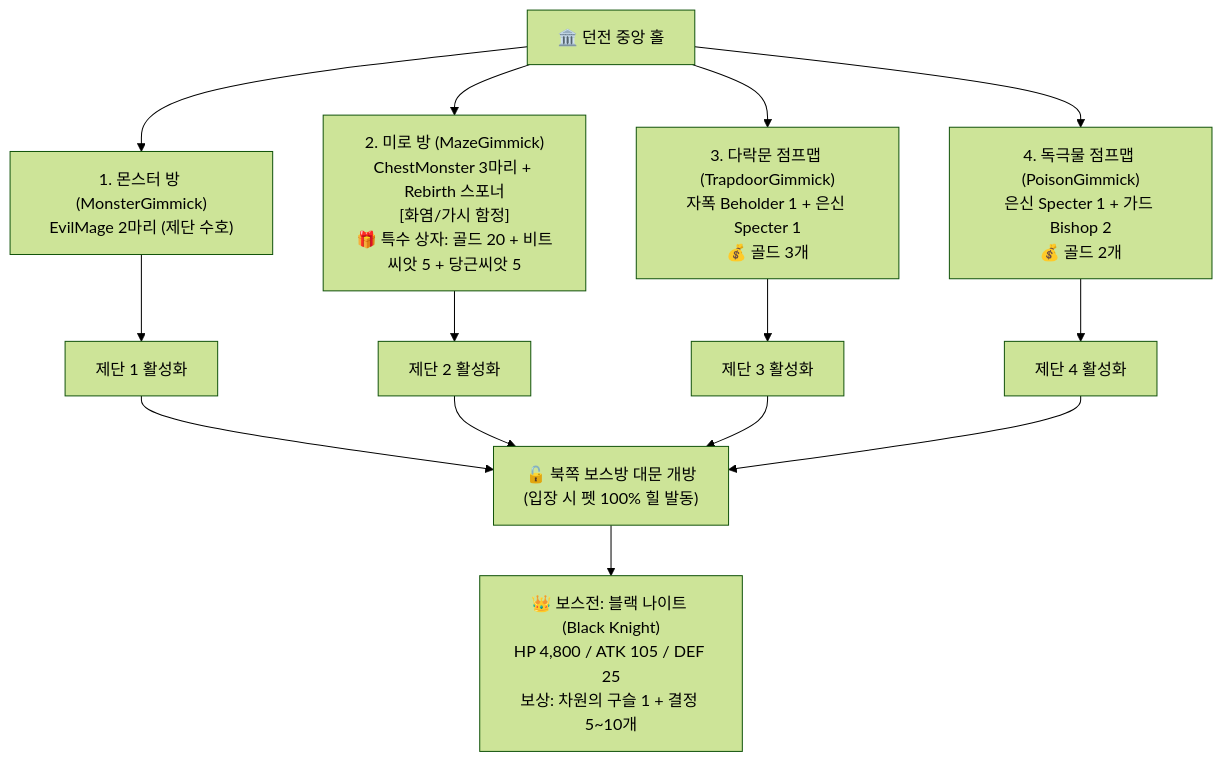
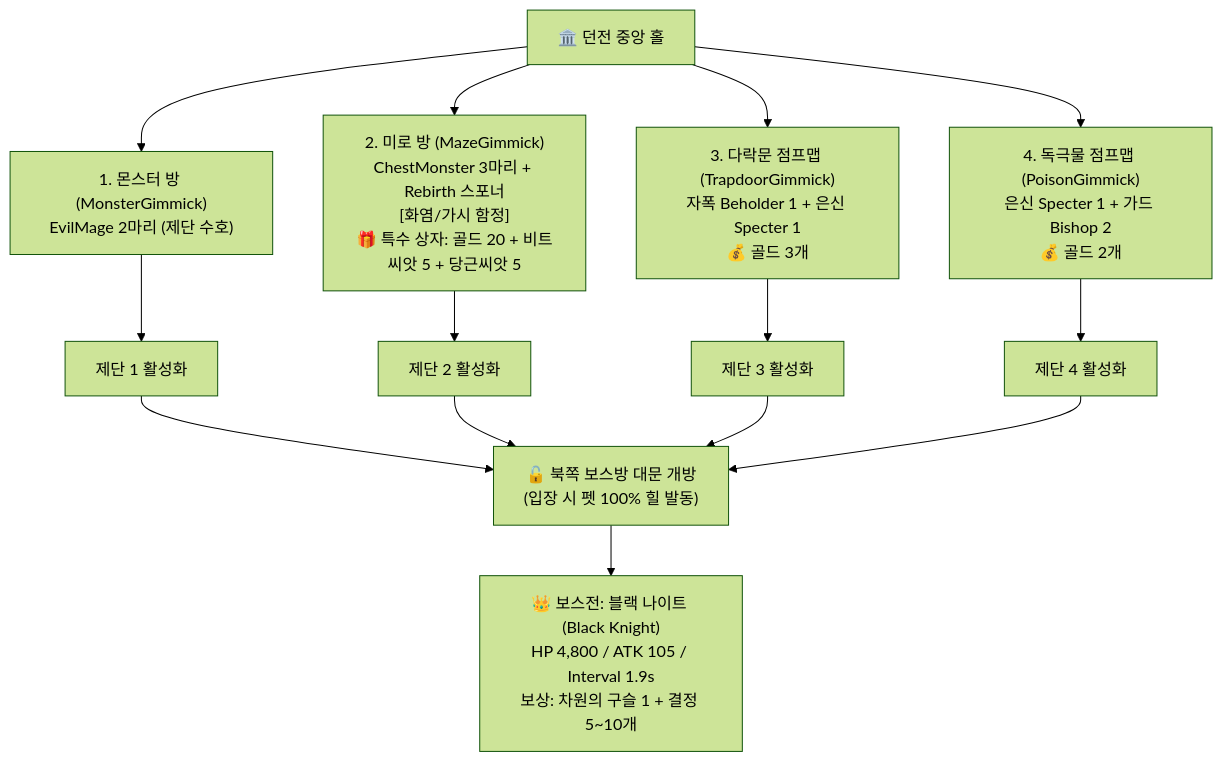
The first of 4 diagrams in Docs/DUNGEON_MAP_BALANCE_REPORT.md (yhgamestudent/ShardsOfVeyara), drawn with Mermaid (forest theme) before and after one commit. The commit also changed other lines of this file and 30 other files, not shown here.

````diff
--- a/Docs/DUNGEON_MAP_BALANCE_REPORT.md
+++ b/Docs/DUNGEON_MAP_BALANCE_REPORT.md
@@ -10,15 +10,15 @@
 ```mermaid
 graph TD
     Hub["🏛️ 던전 중앙 홀"] --> Room1["1. 몬스터 방 (MonsterGimmick)<br/>EvilMage 2마리 (제단 수호)"]
     Hub --> Room2["2. 미로 방 (MazeGimmick)<br/>ChestMonster 3마리 + Rebirth 스포너<br/>[화염/가시 함정]<br/>🎁 특수 상자: 골드 20 + 비트씨앗 5 + 당근씨앗 5"]
     Hub --> Room3["3. 다락문 점프맵 (TrapdoorGimmick)<br/>자폭 Beholder 1 + 은신 Specter 1<br/>💰 골드 3개"]
     Hub --> Room4["4. 독극물 점프맵 (PoisonGimmick)<br/>은신 Specter 1 + 가드 Bishop 2<br/>💰 골드 2개"]
 
     Room1 --> Altar1["제단 1 활성화"]
     Room2 --> Altar2["제단 2 활성화"]
     Room3 --> Altar3["제단 3 활성화"]
     Room4 --> Altar4["제단 4 활성화"]
 
     Altar1 & Altar2 & Altar3 & Altar4 --> Gate["🔓 북쪽 보스방 대문 개방<br/>(입장 시 펫 100% 힐 발동)"]
-    Gate --> Boss["👑 보스전: 블랙 나이트 (Black Knight)<br/>HP 4,800 / ATK 105 / DEF 25<br/>보상: 차원의 구슬 1 + 결정 5~10개"]
+    Gate --> Boss["👑 보스전: 블랙 나이트 (Black Knight)<br/>HP 4,800 / ATK 105 / Interval 1.9s<br/>보상: 차원의 구슬 1 + 결정 5~10개"]
 ```
````
